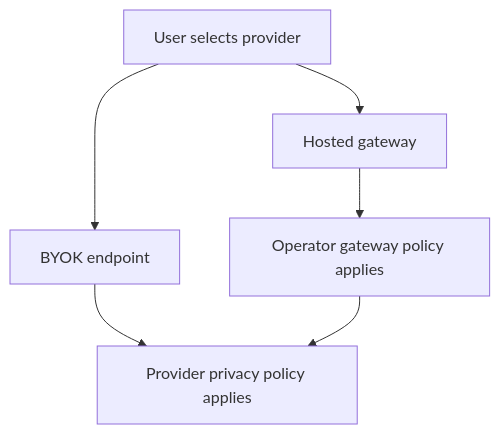
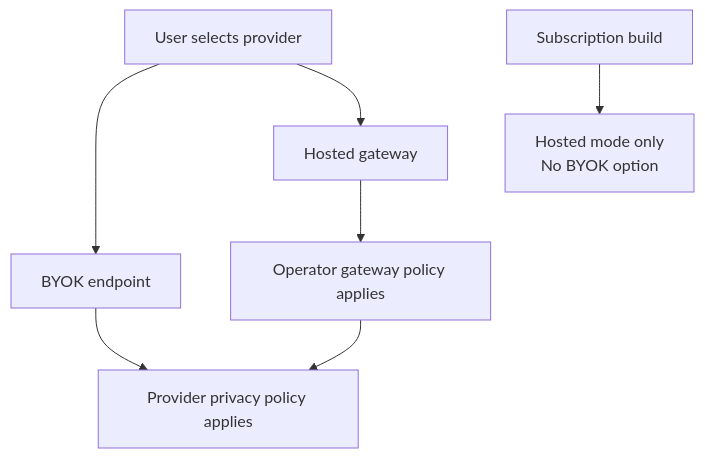
One commit to DeloYong/jev-chat-jarvis changed the tenth of 11 diagrams in .qoder/repowiki/en/content/Security & Privacy.md. Above: the diagram before and after it, drawn with Mermaid. The commit also changed other lines of this file and 66 other files, not shown here.

````diff
--- a/.qoder/repowiki/en/content/Security & Privacy.md
+++ b/.qoder/repowiki/en/content/Security & Privacy.md
@@ -385,8 +449,9 @@
 ```mermaid
 flowchart TD
 User["User selects provider"] --> BYOK["BYOK endpoint"]
 User --> Hosted["Hosted gateway"]
 BYOK --> ProviderPolicy["Provider privacy policy applies"]
 Hosted --> GatewayPolicy["Operator gateway policy applies"]
 GatewayPolicy --> ProviderPolicy
+SubBuild["Subscription build"] --> HostedOnly["Hosted mode only<br/>No BYOK option"]
 ```
````
